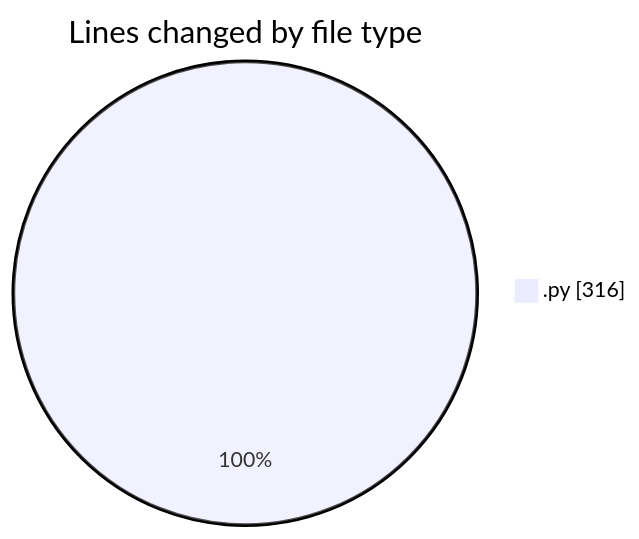
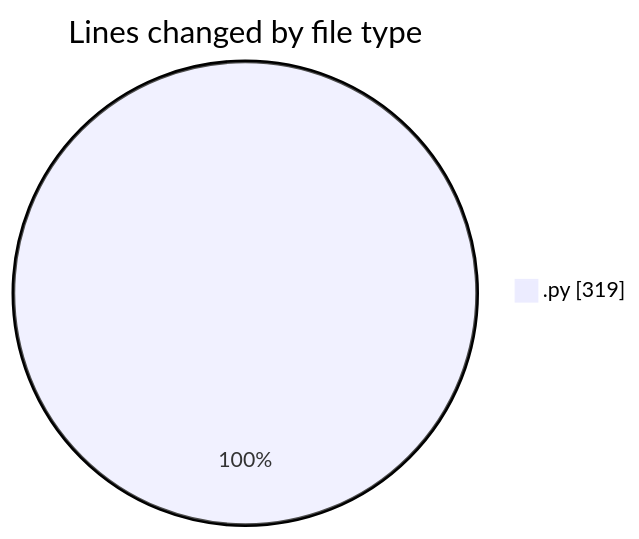
One commit to MatusMokan/code-tracking changed the first of 2 diagrams in 2025-01-12/myws__workspace_/README.md. Above: the diagram before and after it, drawn with Mermaid. The commit also changed other lines of this file and 1 other file, not shown here.

````diff
--- a/2025-01-12/myws__workspace_/README.md
+++ b/2025-01-12/myws__workspace_/README.md
@@ -21,5 +21,5 @@
 ```mermaid
 pie showData
 title Lines changed by file type
-".py" : 316
+".py" : 319
 ```
````
